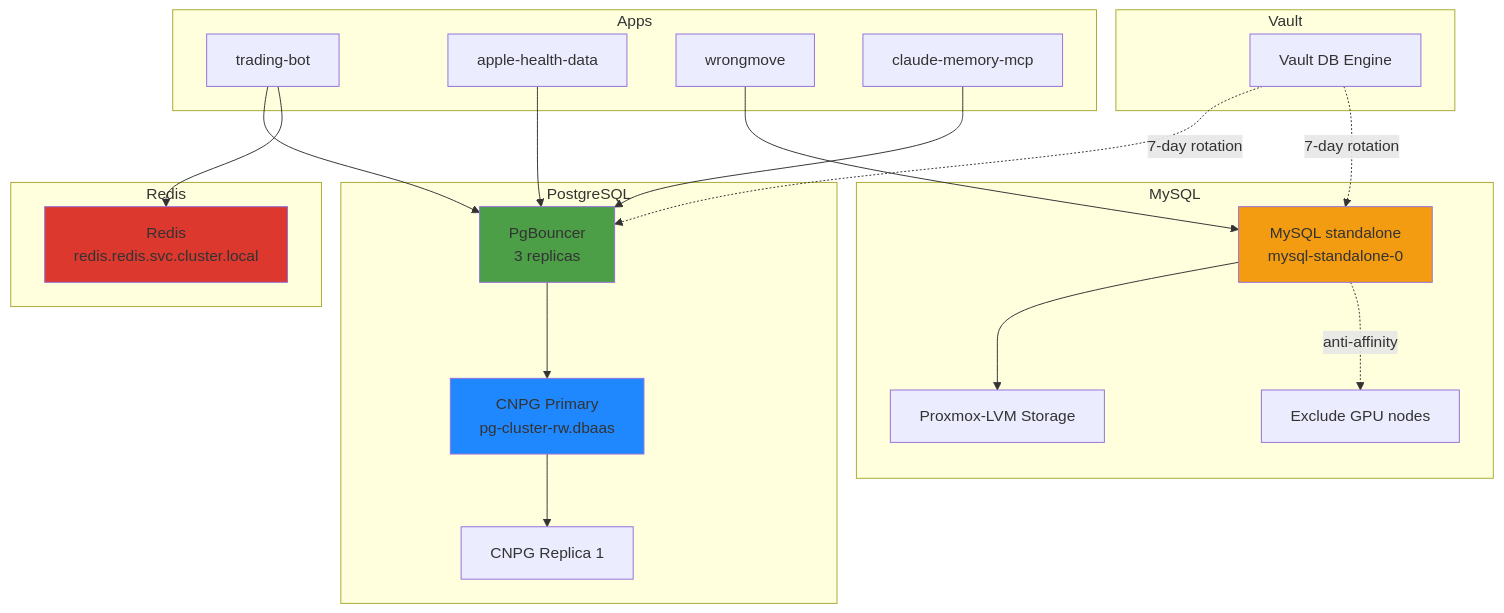
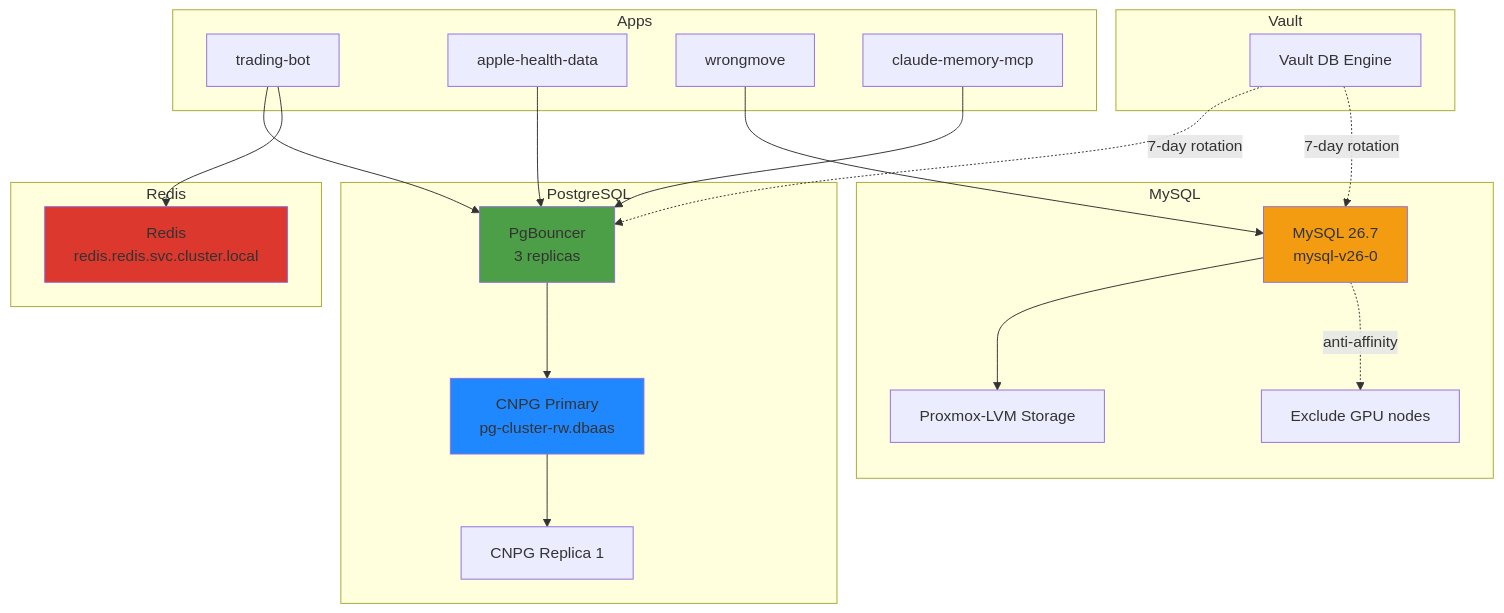
Before and after one commit to ViktorBarzin/infra: the diagram in docs/architecture/databases.md, drawn with Mermaid. The commit also changed other lines of this file and 8 other files, not shown here.

````diff
--- a/docs/architecture/databases.md
+++ b/docs/architecture/databases.md
@@ -9,38 +9,38 @@
 ```mermaid
 graph TB
     subgraph Apps
         A1[trading-bot]
         A2[apple-health-data]
         A3[wrongmove]
         A4[claude-memory-mcp]
     end
 
     subgraph PostgreSQL
         A1 --> PGB[PgBouncer<br/>3 replicas]
         A2 --> PGB
         A4 --> PGB
         PGB --> CNPG_RW[CNPG Primary<br/>pg-cluster-rw.dbaas]
         CNPG_RW --> CNPG_R1[CNPG Replica 1]
     end
 
     subgraph MySQL
-        A3 --> MYC[MySQL standalone<br/>mysql-standalone-0]
+        A3 --> MYC[MySQL 26.7<br/>mysql-v26-0]
         MYC --> LVM1[Proxmox-LVM Storage]
         MYC -.anti-affinity.-> NODE1[Exclude GPU nodes]
     end
 
     subgraph Redis
         A1 --> RED[Redis<br/>redis.redis.svc.cluster.local]
     end
 
     subgraph Vault
         V[Vault DB Engine]
         V -.7-day rotation.-> PGB
         V -.7-day rotation.-> MYC
     end
 
     style CNPG_RW fill:#2088ff
     style PGB fill:#4c9e47
     style MYC fill:#f39c12
     style RED fill:#dc382d
 ```
````
